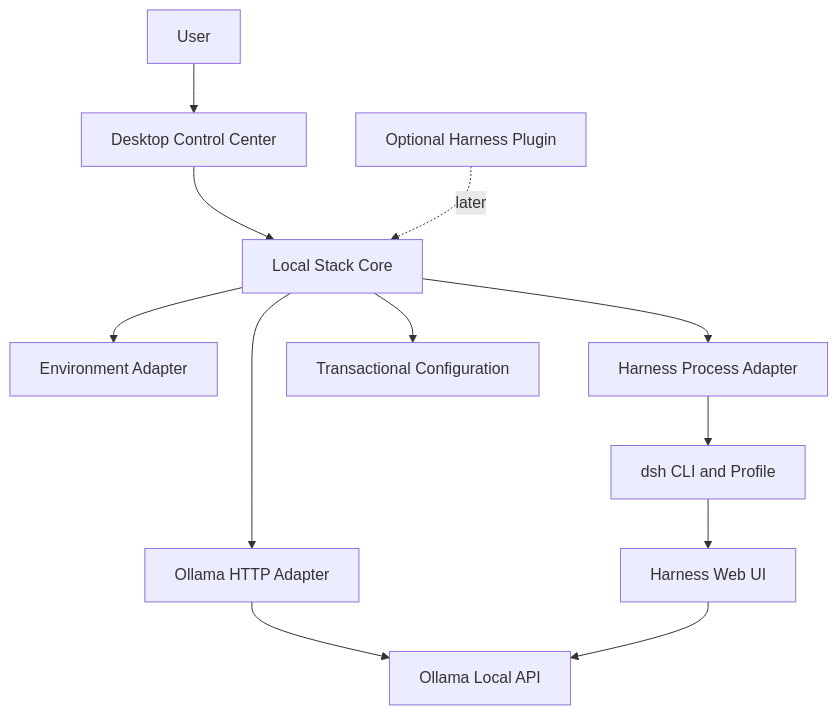
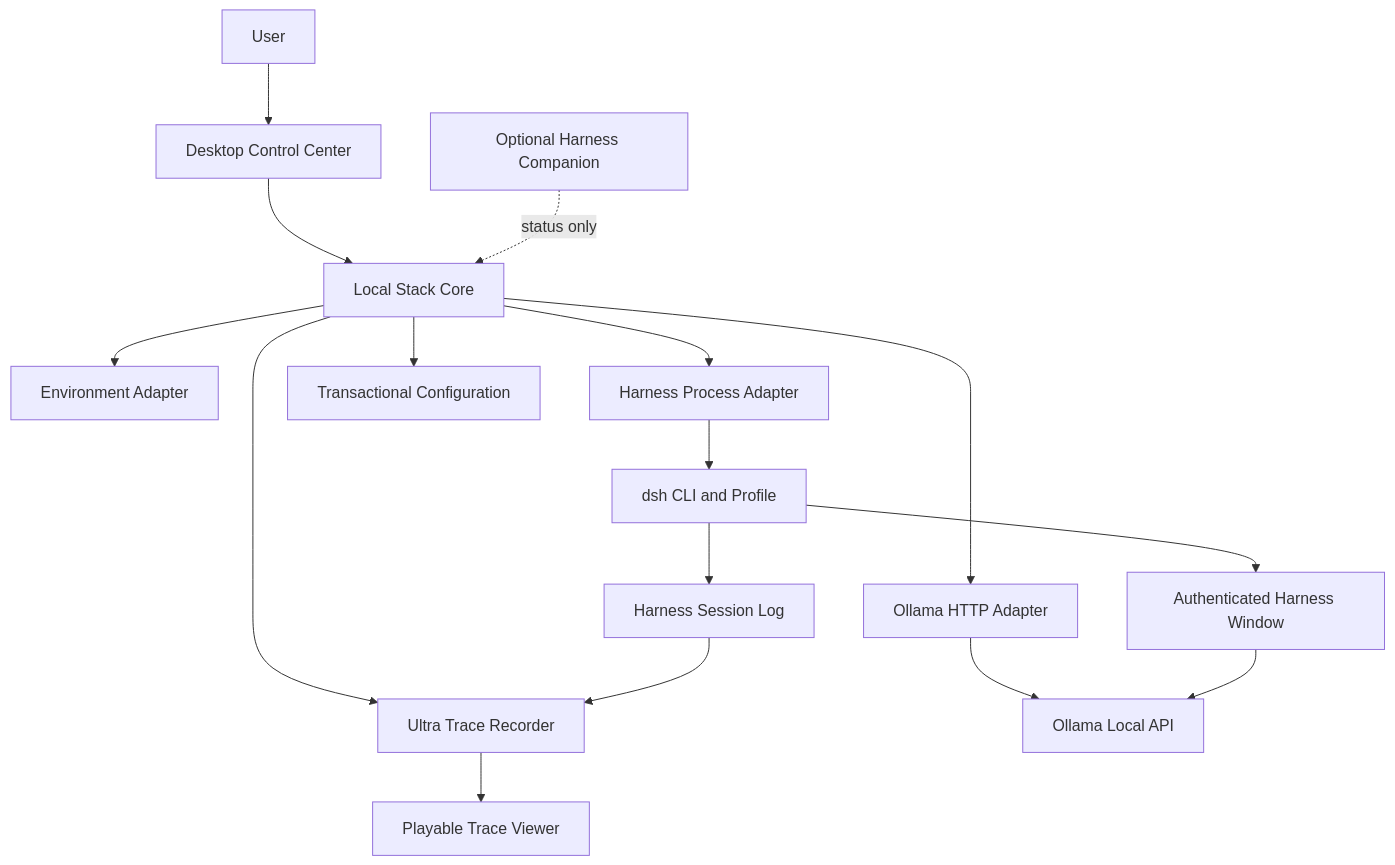
Before and after one commit to HanyangZZZ/local-agent-stack: the diagram in README.md, drawn with Mermaid. The commit also changed other lines of this file and 28 other files, not shown here.

````diff
--- a/README.md
+++ b/README.md
@@ -27,14 +28,18 @@
 ```mermaid
 flowchart TB
     User --> Desktop[Desktop Control Center]
     Desktop --> Core[Local Stack Core]
     Core --> Env[Environment Adapter]
     Core --> Ollama[Ollama HTTP Adapter]
     Core --> Harness[Harness Process Adapter]
+    Core --> Recorder[Ultra Trace Recorder]
     Core --> Config[Transactional Configuration]
     Ollama --> OllamaAPI[Ollama Local API]
     Harness --> Dsh[dsh CLI and Profile]
-    Dsh --> HarnessUI[Harness Web UI]
+    Dsh --> SessionLog[Harness Session Log]
+    SessionLog --> Recorder
+    Recorder --> TraceUI[Playable Trace Viewer]
+    Dsh --> HarnessUI[Authenticated Harness Window]
     HarnessUI --> OllamaAPI
-    Plugin[Optional Harness Plugin] -. later .-> Core
+    Companion[Optional Harness Companion] -. status only .-> Core
 ```
````
